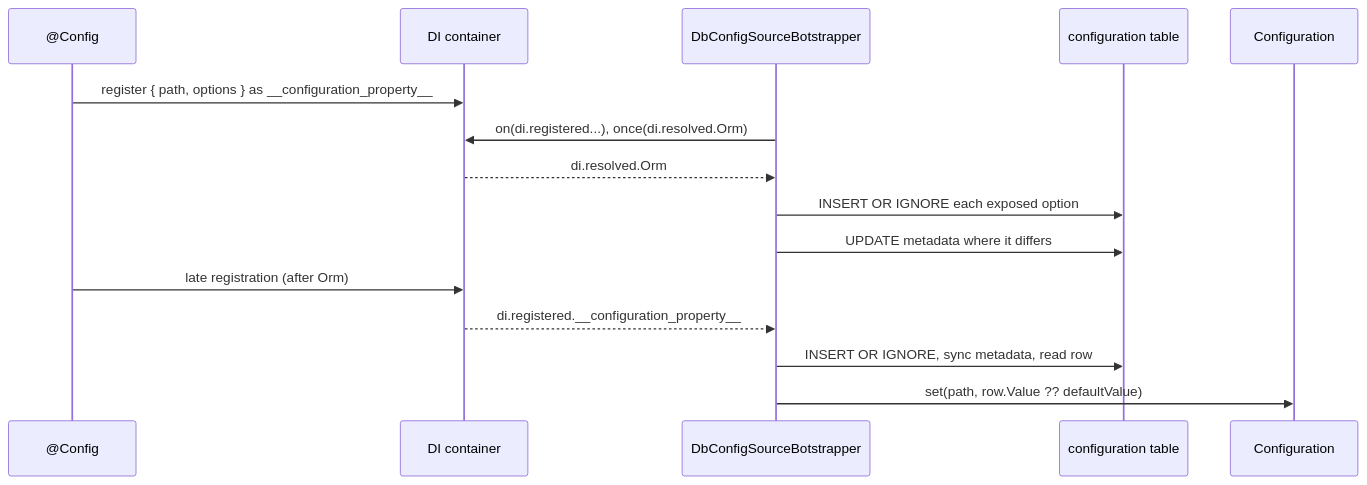
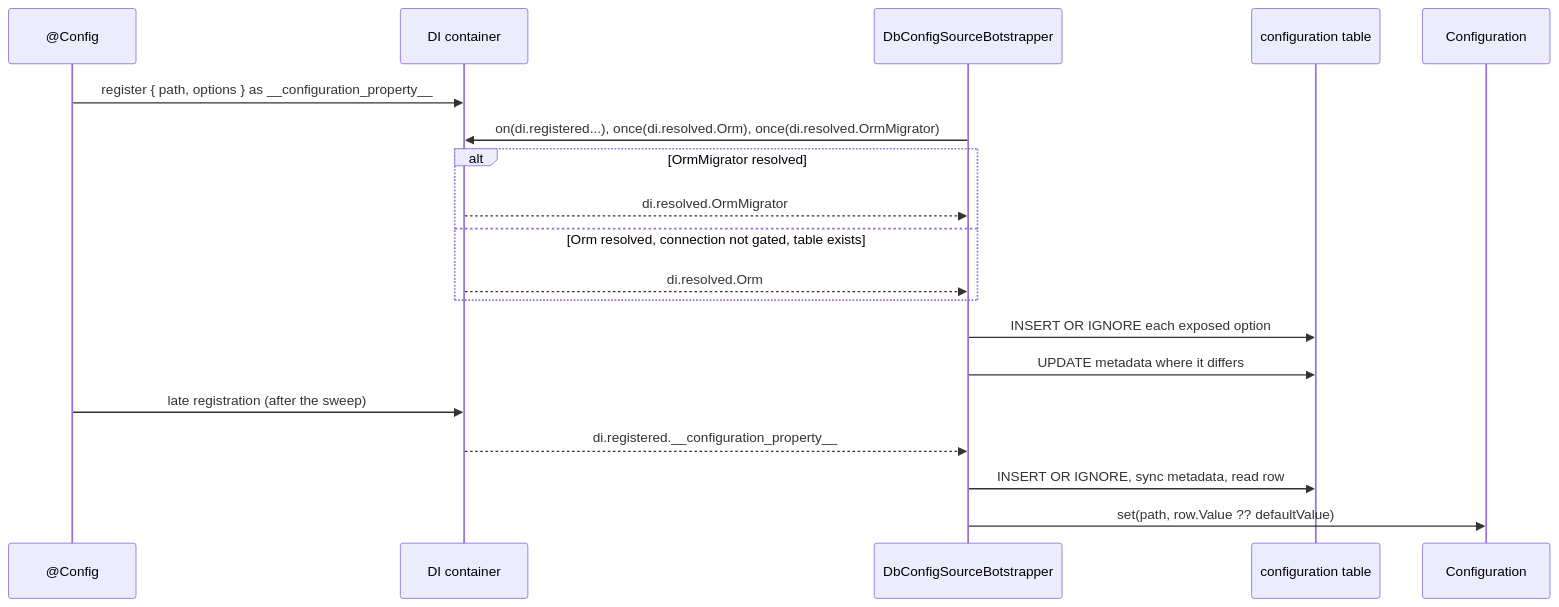
One commit to spinajs/main changed the diagram in docs/configuration-db-source/02-exposing-options.md. Above: the diagram before and after it, drawn with Mermaid. The commit also changed other lines of this file and 20 other files, not shown here.

Commit message:
docs(orm,orm-cli,configuration-db-source): OrmMigrator, the CLI migrator and the sync after it

````diff
--- a/docs/configuration-db-source/02-exposing-options.md
+++ b/docs/configuration-db-source/02-exposing-options.md
@@ -28,17 +32,21 @@
 ```mermaid
 sequenceDiagram
   participant D as @Config
   participant DI as DI container
   participant B as DbConfigSourceBotstrapper
   participant DB as configuration table
   participant C as Configuration
   D->>DI: register { path, options } as __configuration_property__
-  B->>DI: on(di.registered...), once(di.resolved.Orm)
-  DI-->>B: di.resolved.Orm
+  B->>DI: on(di.registered...), once(di.resolved.Orm), once(di.resolved.OrmMigrator)
+  alt OrmMigrator resolved
+    DI-->>B: di.resolved.OrmMigrator
+  else Orm resolved, connection not gated, table exists
+    DI-->>B: di.resolved.Orm
+  end
   B->>DB: INSERT OR IGNORE each exposed option
   B->>DB: UPDATE metadata where it differs
-  D->>DI: late registration (after Orm)
+  D->>DI: late registration (after the sweep)
   DI-->>B: di.registered.__configuration_property__
   B->>DB: INSERT OR IGNORE, sync metadata, read row
   B->>C: set(path, row.Value ?? defaultValue)
 ```
````
